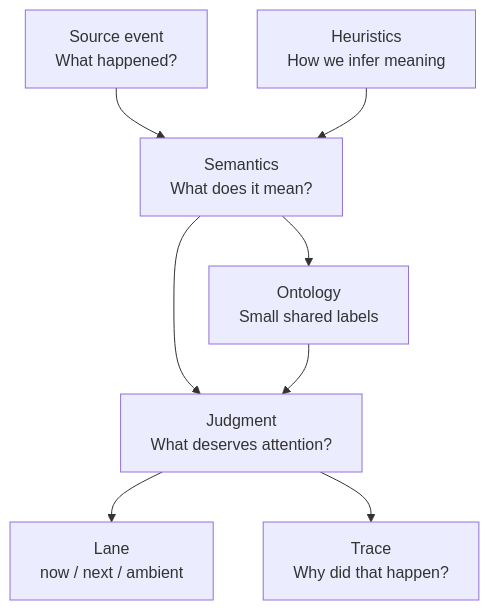
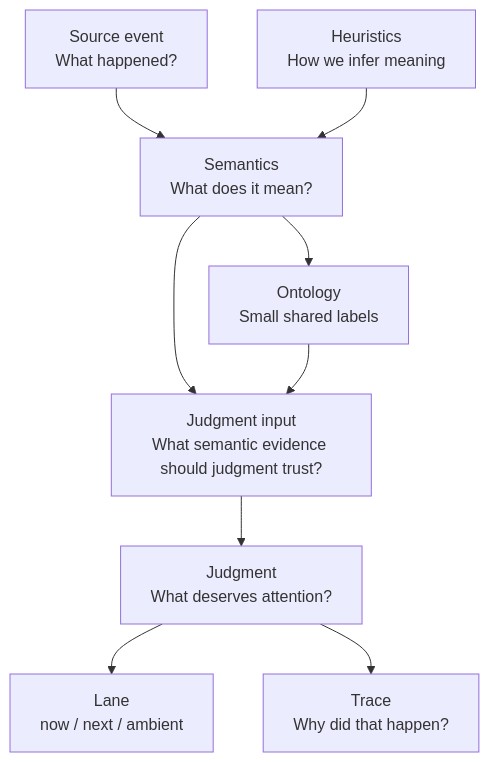
Before and after one commit to tomismeta/aperture: the diagram in docs/engine/core-mental-model.md, drawn with Mermaid. The commit also changed other lines of this file and 6 other files, not shown here.

Commit message:
Clarify semantic judgment contracts in docs

````diff
--- a/docs/engine/core-mental-model.md
+++ b/docs/engine/core-mental-model.md
@@ -18,10 +18,11 @@
 ```mermaid
 graph TD
   A["Source event<br/>What happened?"] --> B["Semantics<br/>What does it mean?"]
   E["Heuristics<br/>How we infer meaning"] --> B
   B --> C["Ontology<br/>Small shared labels"]
-  B --> D["Judgment<br/>What deserves attention?"]
+  B --> D["Judgment input<br/>What semantic evidence should judgment trust?"]
   C --> D
-  D --> F["Lane<br/>now / next / ambient"]
-  D --> G["Trace<br/>Why did that happen?"]
+  D --> F["Judgment<br/>What deserves attention?"]
+  F --> G["Lane<br/>now / next / ambient"]
+  F --> H["Trace<br/>Why did that happen?"]
 ```
````
